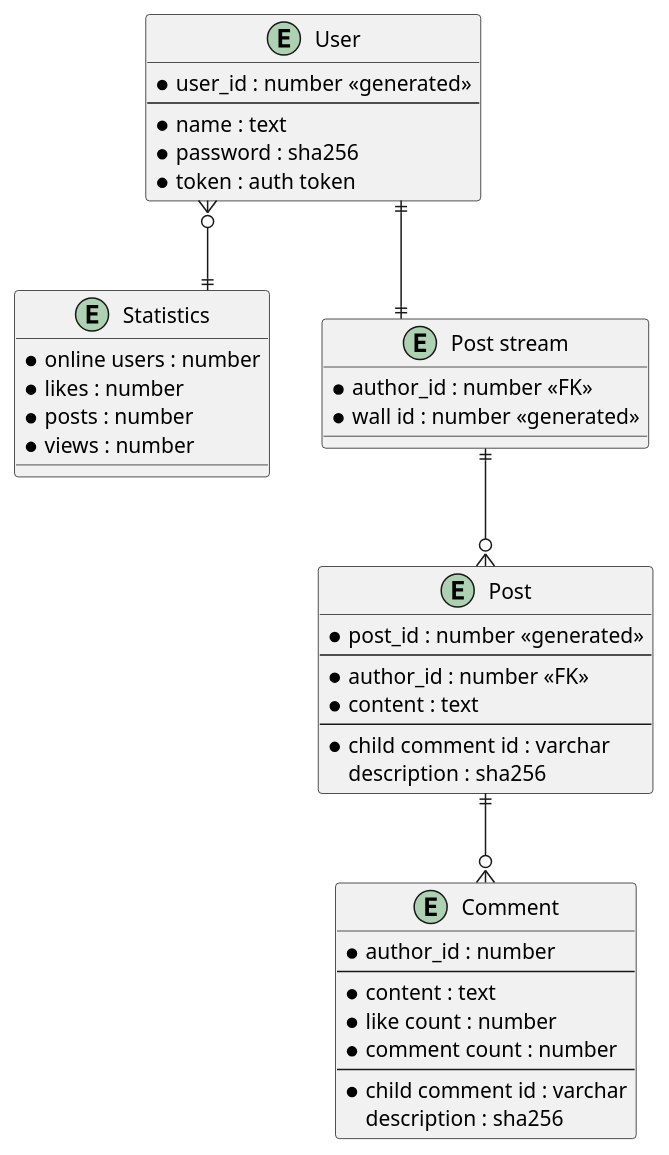
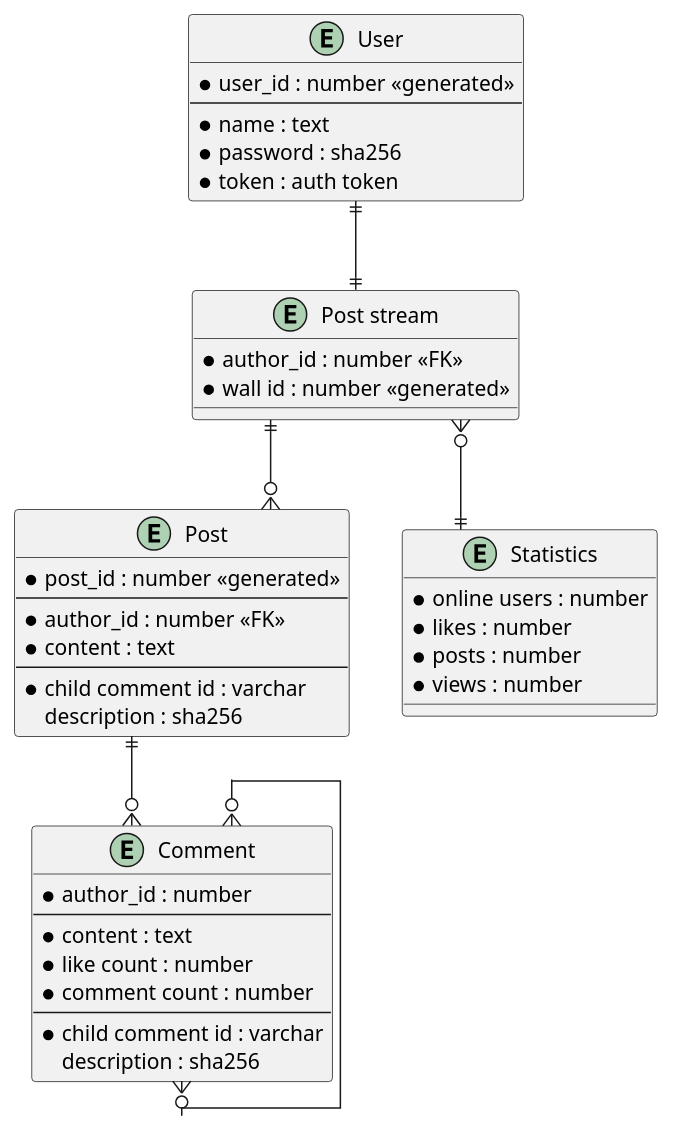
Before and after one commit to what-the-fawk/soa: the diagram in schema/er.puml, drawn with PlantUML.

```diff
--- a/schema/er.puml
+++ b/schema/er.puml
@@ -1,58 +1,58 @@
 @startuml entity
 ' hide the spot
 ' hide circle
 
 ' avoid problems with angled crows feet
 skinparam linetype ortho
 
 entity "User" as user {
   * user_id : number <<generated>>
   --
   * name : text
   * password : sha256
   * token : auth token
 }
 
 entity "Post" as post {
   * post_id : number <<generated>>
   --
   * author_id : number <<FK>>
   * content : text
   --
   * child comment id : varchar
   description : sha256
 }
 
 entity "Comment" as comment {
   *author_id : number
   --
   * content : text
   * like count : number
   * comment count : number
   --
   * child comment id : varchar
   description : sha256
 }
 
 entity "Statistics" as stats {
   * online users : number
   * likes : number
   * posts : number
   * views : number
 }
 
 
 entity "Post stream" as posts {
   * author_id : number <<FK>>
   * wall id : number <<generated>>
 }
 
 
 user ||--|| posts
-user }o--|| stats
+posts }o--|| stats
 posts ||--o{ post
 post ||--o{ comment
-
+comment }o--o{ comment
 
 
 @enduml
```
